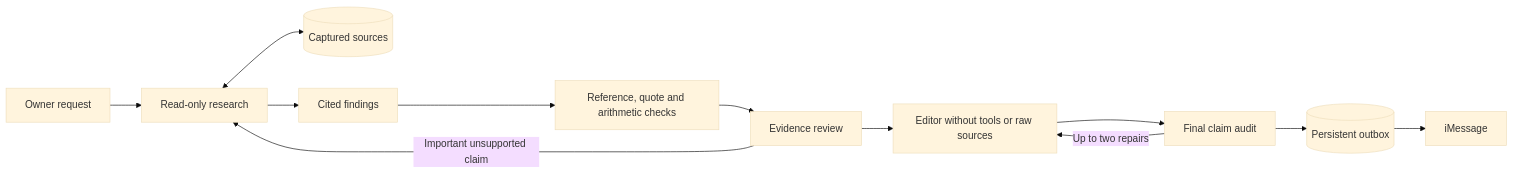
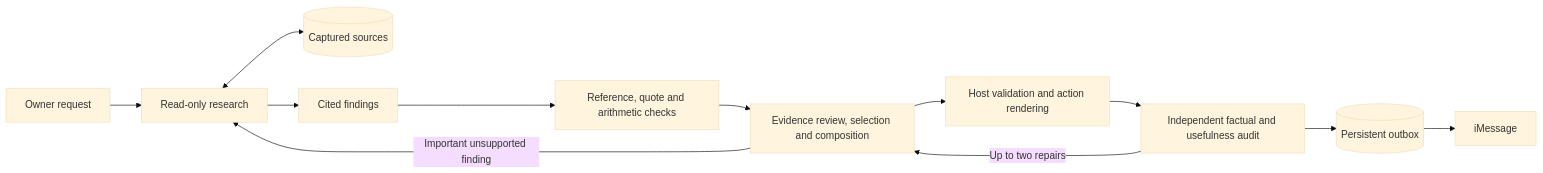
The diagram in docs/evidence-publication.md (danglade/narciso), drawn with Mermaid (base theme) before and after one commit. The commit also changed other lines of this file and 15 other files, not shown here.

````diff
--- a/docs/evidence-publication.md
+++ b/docs/evidence-publication.md
@@ -7,14 +9,14 @@
 ```mermaid
 flowchart LR
   Request[Owner request] --> Research[Read-only research]
   Research <--> Sources[(Captured sources)]
   Research --> Findings[Cited findings]
   Findings --> Checks[Reference, quote and arithmetic checks]
-  Checks --> Review[Evidence review]
-  Review --> Editor[Editor without tools or raw sources]
-  Editor --> Audit[Final claim audit]
+  Checks --> Compose[Evidence review, selection and composition]
+  Compose --> Host[Host validation and action rendering]
+  Host --> Audit[Independent factual and usefulness audit]
   Audit --> Outbox[(Persistent outbox)]
   Outbox --> iMessage
-  Review -->|Important unsupported claim| Research
-  Audit -->|Up to two repairs| Editor
+  Compose -->|Important unsupported finding| Research
+  Audit -->|Up to two repairs| Compose
 ```
````
